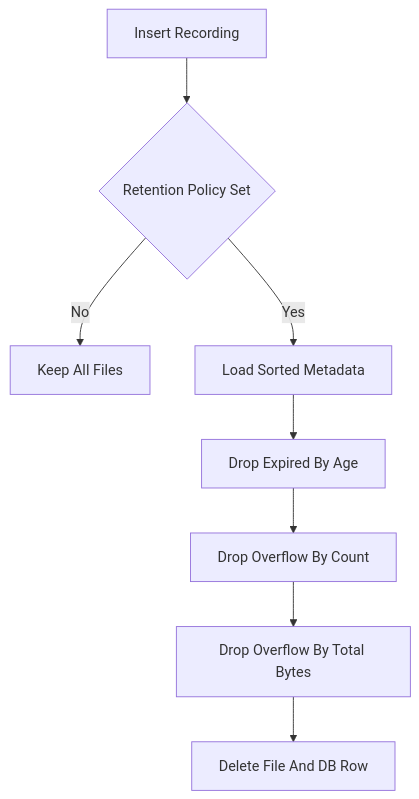
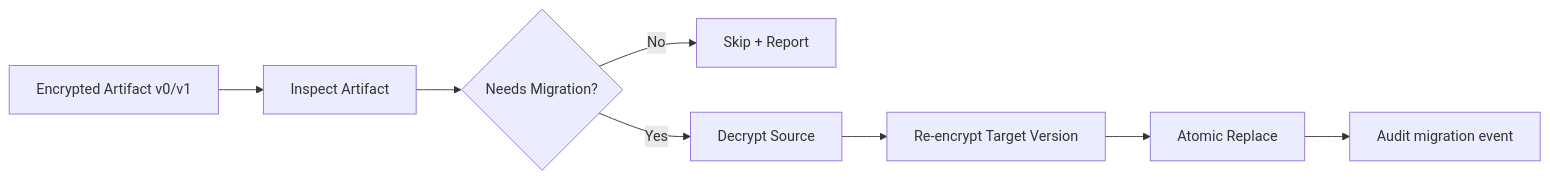
The fifth of 5 diagrams in README.md (hkevin01/securemeet), drawn with Mermaid before and after one commit. The commit also changed other lines of this file, not shown here.

````diff
--- a/README.md
+++ b/README.md
@@ -228,10 +258,10 @@
 ```mermaid
-flowchart TD
-    A[Insert Recording] --> B{Retention Policy Set}
-    B -->|No| C[Keep All Files]
-    B -->|Yes| D[Load Sorted Metadata]
-    D --> E[Drop Expired By Age]
-    E --> F[Drop Overflow By Count]
-    F --> G[Drop Overflow By Total Bytes]
-    G --> H[Delete File And DB Row]
+flowchart LR
+    A[Encrypted Artifact v0/v1] --> B[Inspect Artifact]
+    B --> C{Needs Migration?}
+    C -->|No| D[Skip + Report]
+    C -->|Yes| E[Decrypt Source]
+    E --> F[Re-encrypt Target Version]
+    F --> G[Atomic Replace]
+    G --> H[Audit migration event]
 ```
````
